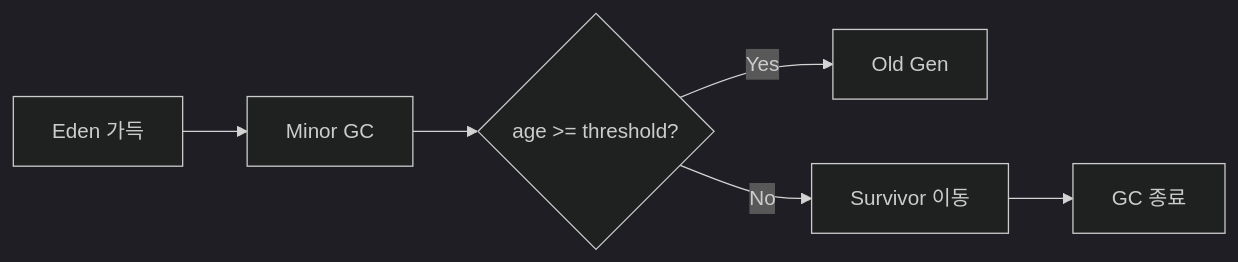
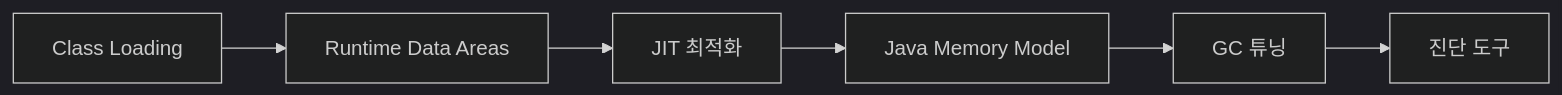
Before and after one commit to yjkim2015/yjkim2015.github.io: the fifth of 5 diagrams in _posts/java/2026-05-02-jvm-architecture.md, drawn with Mermaid (dark theme). The commit also changed other lines of this file and 4 other files, not shown here.

````diff
--- a/_posts/java/2026-05-02-jvm-architecture.md
+++ b/_posts/java/2026-05-02-jvm-architecture.md
@@ -575,8 +1471,8 @@
 ```mermaid
 graph LR
-    A["Eden 가득"] --> B["Minor GC"]
-    B --> E{"age >= threshold?"}
-    E -->|Yes| F["Old Gen"]
-    E -->|No| G["Survivor 이동"]
-    G --> J["GC 종료"]
+    CL["Class Loading"] --> RDA["Runtime Data Areas"]
+    RDA --> JIT["JIT 최적화"]
+    JIT --> JMM["Java Memory Model"]
+    JMM --> GC["GC 튜닝"]
+    GC --> TOOL["진단 도구"]
 ```
````
